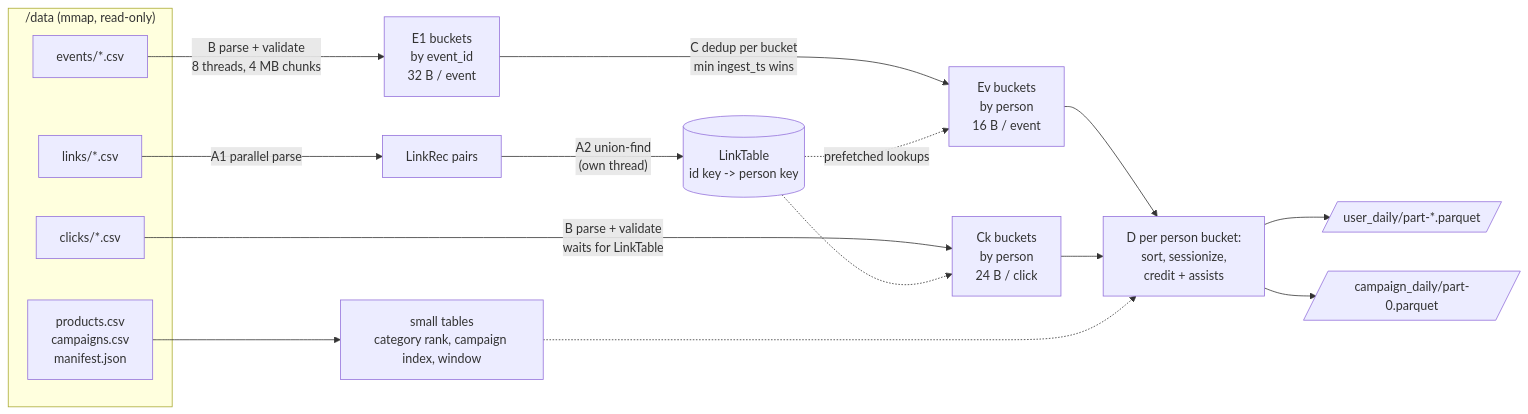
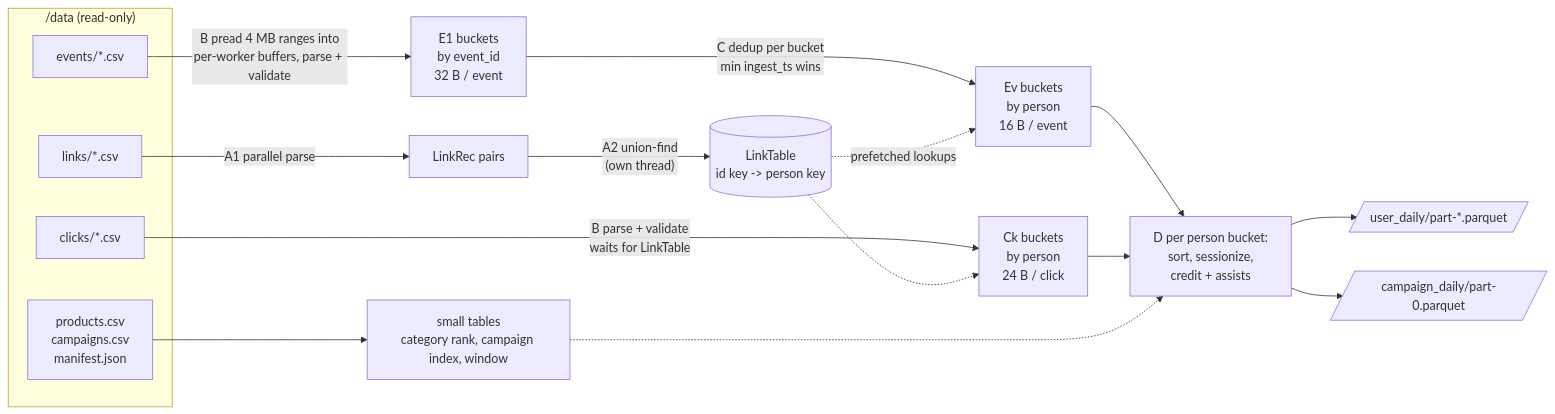
Before and after one commit to Kavan04/Databricks_Shopping: the first of 8 diagrams in docs/ARCHITECTURE.md, drawn with Mermaid. The commit also changed other lines of this file and 4 other files, not shown here.

First line of the commit message:
v2.1: pread input ranges, quote-free field fast path

````diff
--- a/docs/ARCHITECTURE.md
+++ b/docs/ARCHITECTURE.md
@@ -15,28 +15,28 @@
 ```mermaid
 flowchart LR
-    subgraph IN["/data (mmap, read-only)"]
+    subgraph IN["/data (read-only)"]
         L[links/*.csv]
         E[events/*.csv]
         C[clicks/*.csv]
         P[products.csv<br/>campaigns.csv<br/>manifest.json]
     end
 
     P --> SM["small tables<br/>category rank, campaign index, window"]
 
     L -->|"A1 parallel parse"| LR["LinkRec pairs"]
     LR -->|"A2 union-find<br/>(own thread)"| LT[("LinkTable<br/>id key -> person key")]
 
-    E -->|"B parse + validate<br/>8 threads, 4 MB chunks"| EB["E1 buckets<br/>by event_id<br/>32 B / event"]
+    E -->|"B pread 4 MB ranges into<br/>per-worker buffers, parse + validate"| EB["E1 buckets<br/>by event_id<br/>32 B / event"]
     C -->|"B parse + validate<br/>waits for LinkTable"| CB["Ck buckets<br/>by person<br/>24 B / click"]
     LT -.-> CB
 
     EB -->|"C dedup per bucket<br/>min ingest_ts wins"| EV["Ev buckets<br/>by person<br/>16 B / event"]
     LT -.->|"prefetched lookups"| EV
 
     EV --> S3["D per person bucket:<br/>sort, sessionize,<br/>credit + assists"]
     CB --> S3
     SM -.-> S3
 
     S3 --> UD[/"user_daily/part-*.parquet"/]
     S3 --> CD[/"campaign_daily/part-0.parquet"/]
 ```
````
